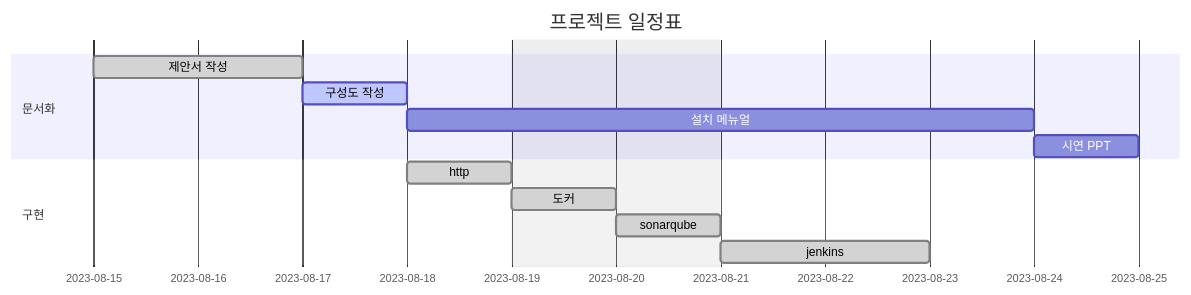
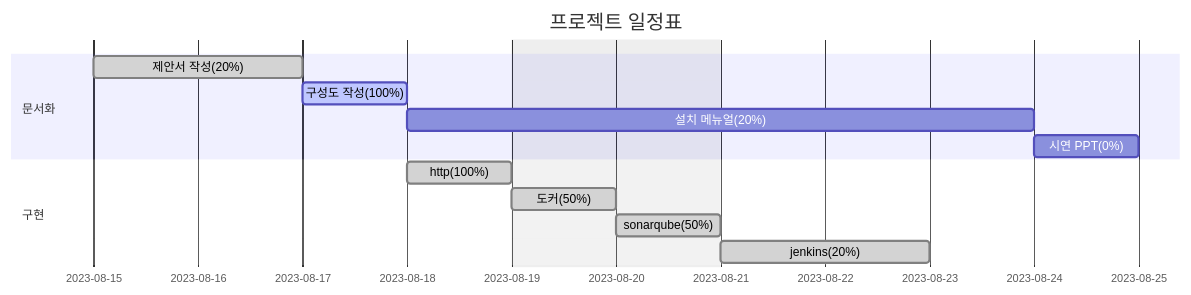
The diagram in README.md (LOFL404/project1), drawn with Mermaid before and after one commit.

````diff
--- a/README.md
+++ b/README.md
@@ -1,21 +1,21 @@
 ```mermaid
 gantt
     dateFormat  YYYY-MM-DD
     axisFormat  %Y-%m-%d
     title       프로젝트 일정표
     excludes    weekends saturday,sunday
     
     section 문서화
-    제안서 작성     :done,    a, 2023-08-15, 2d
-    구성도 작성     :active,    b, 2023-08-17, 1d
-    설치 메뉴얼     :c, after b, 4d
-    시연 PPT        :after c, 1d
+    제안서 작성(20%)     :done,    a, 2023-08-15, 2d
+    구성도 작성(100%)     :active,    b, 2023-08-17, 1d
+    설치 메뉴얼(20%)             :c, after b, 4d
+    시연 PPT(0%)        :after c, 1d
 
     section 구현
-    http            :done,    d, 2023-08-18, 1d
-    도커            :done,    e, 2023-08-19, 1d
-    sonarqube       :done,    f, 2023-08-20, 1d
-    jenkins         :done,    g, 2023-08-21, 2d
+    http(100%)           :done,    d, 2023-08-18, 1d
+    도커(50%)            :done,    e, 2023-08-19, 1d
+    sonarqube(50%)       :done,    f, 2023-08-20, 1d
+    jenkins(20%)         :done,    g, 2023-08-21, 2d
      
     
 ```
````
